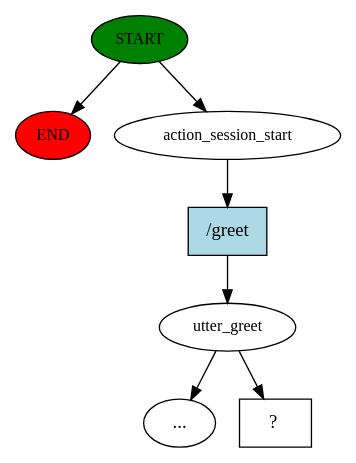
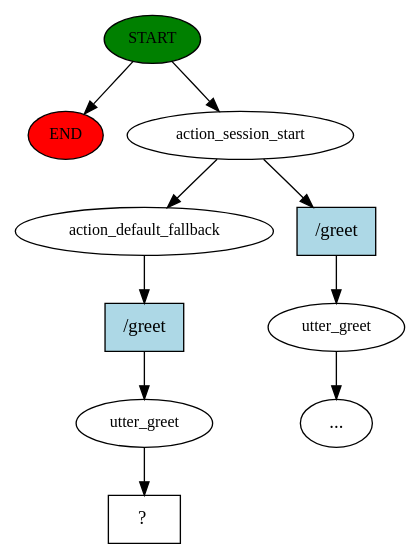
One commit to hkl19/Rasa-Surveybot1 changed the diagram in FYP/story_graph.dot. Above: the diagram before and after it, drawn with Graphviz. The commit also changed 151 other files, not shown here.

```diff
--- a/FYP/story_graph.dot
+++ b/FYP/story_graph.dot
@@ -1,15 +1,21 @@
 digraph  {
 0 [class="start active", fillcolor=green, fontsize=12, label=START, style=filled];
 "-1" [class=end, fillcolor=red, fontsize=12, label=END, style=filled];
 1 [class=active, fontsize=12, label=action_session_start];
-2 [class=active, fontsize=12, label=utter_greet];
+2 [class="", fontsize=12, label=utter_greet];
 "-3" [class=ellipsis, label="..."];
-5 [class="intent dashed active", label="  ?  ", shape=rect];
-6 [class="intent active", fillcolor=lightblue, label="/greet", shape=rect, style=filled];
+4 [class=active, fontsize=12, label=action_default_fallback];
+5 [class=active, fontsize=12, label=utter_greet];
+6 [class="intent dashed active", label="  ?  ", shape=rect];
+7 [class=intent, fillcolor=lightblue, label="/greet", shape=rect, style=filled];
+8 [class="intent active", fillcolor=lightblue, label="/greet", shape=rect, style=filled];
 0 -> "-1"  [class="", key=NONE, label=""];
 0 -> 1  [class=active, key=NONE, label=""];
-1 -> 6  [class=active, key=0];
+1 -> 4  [class=active, key=NONE, label=""];
+1 -> 7  [class="", key=0];
 2 -> "-3"  [class="", key=NONE, label=""];
-2 -> 5  [class=active, key=NONE, label=""];
-6 -> 2  [class=active, key=0];
+4 -> 8  [class=active, key=0];
+5 -> 6  [class=active, key=NONE, label=""];
+7 -> 2  [class="", key=0];
+8 -> 5  [class=active, key=0];
 }
```
